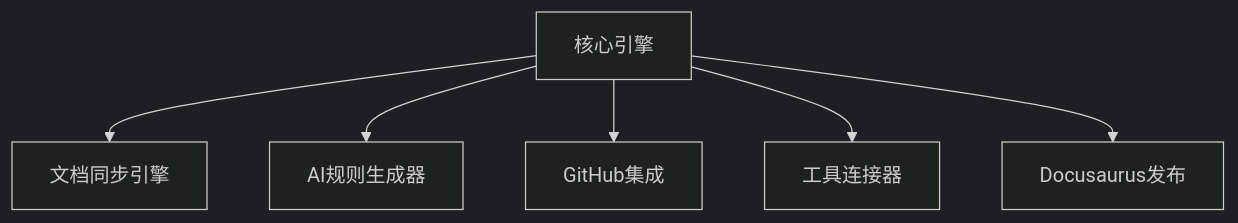
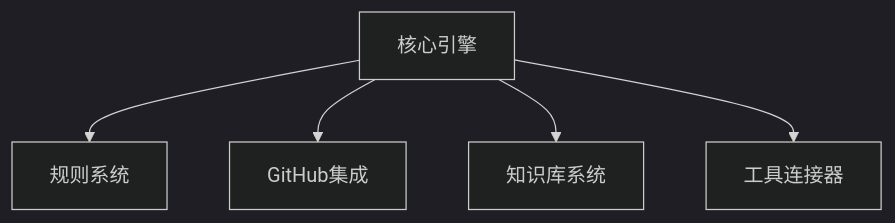
One commit to jacobcy/VibeCopilot changed the diagram in docs/dev/guides/core_engine_module.md. Above: the diagram before and after it, drawn with Mermaid (dark theme). The commit also changed other lines of this file and 63 other files, not shown here.

````diff
--- a/docs/dev/guides/core_engine_module.md
+++ b/docs/dev/guides/core_engine_module.md
@@ -24,8 +24,7 @@
 ```mermaid
 graph TD
-    Core[核心引擎] --> DocSync[文档同步引擎]
-    Core --> AIRules[AI规则生成器]
+    Core[核心引擎] --> Rules[规则系统]
     Core --> GitHub[GitHub集成]
+    Core --> Memory[知识库系统]
     Core --> Tools[工具连接器]
-    Core --> Docusaurus[Docusaurus发布]
 ```
````
